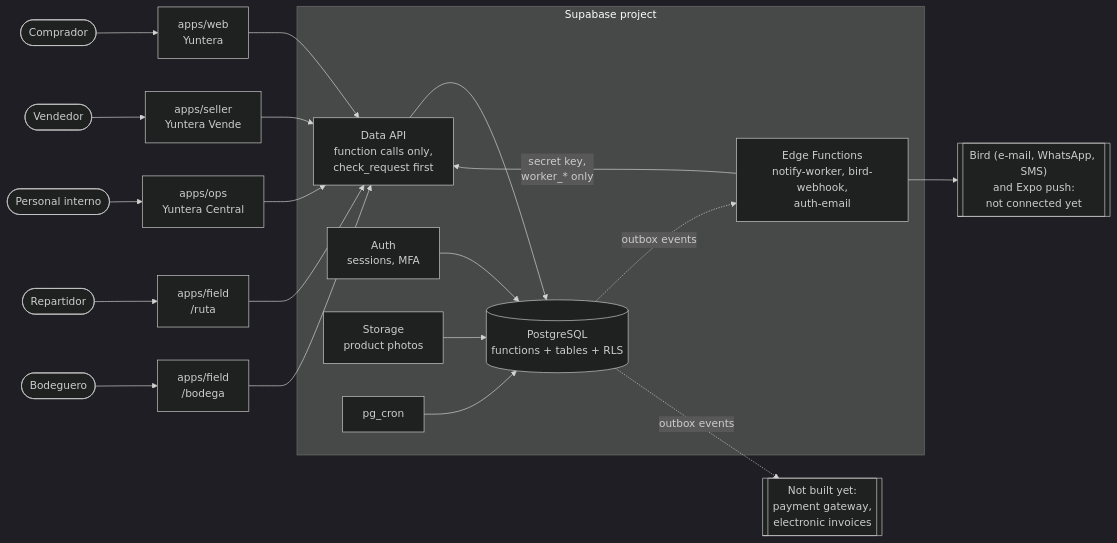
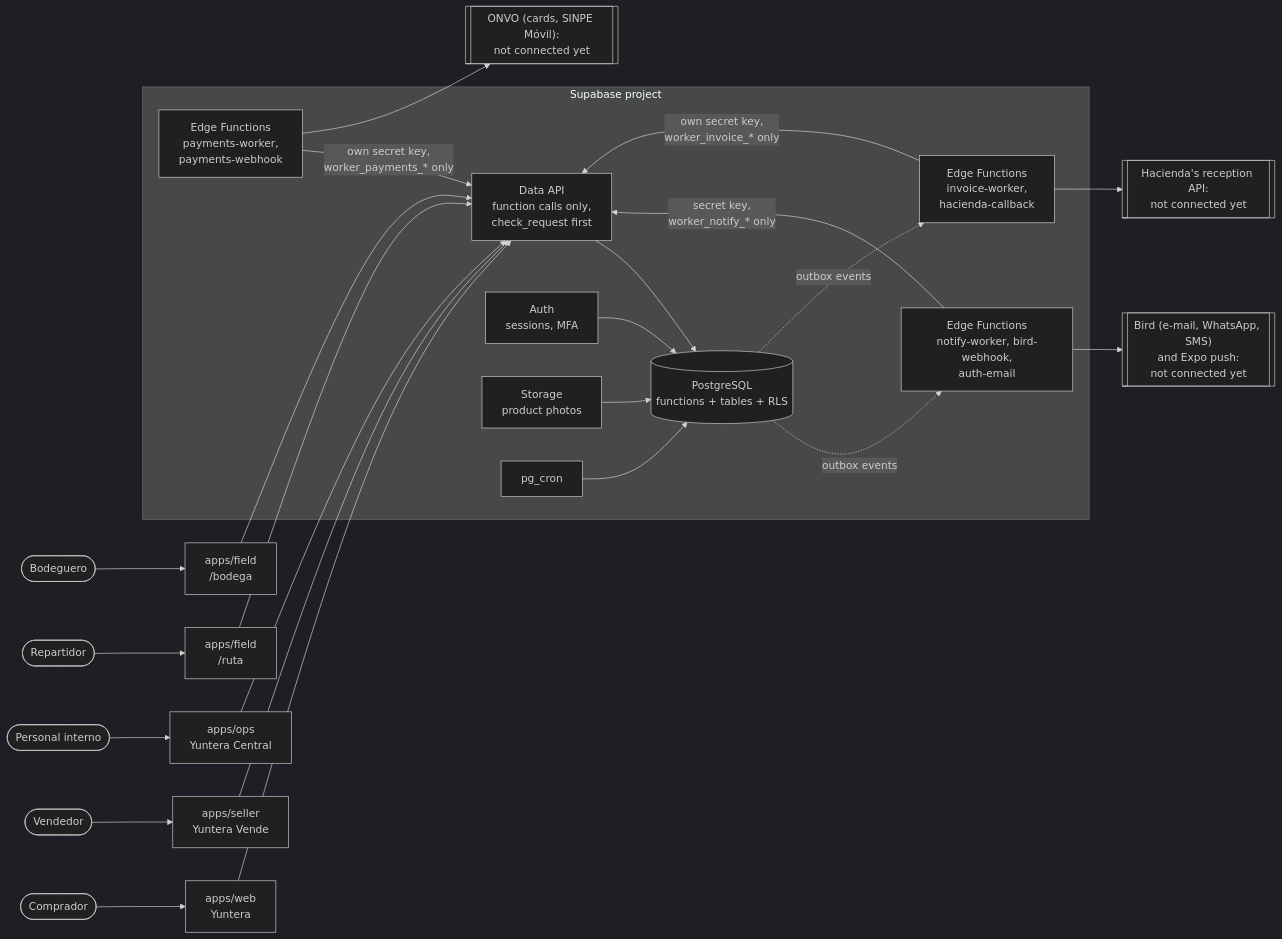
One commit to raea07/amazon-tiquicia changed the first of 2 diagrams in docs/02-architecture/overview.md. Above: the diagram before and after it, drawn with Mermaid (dark theme). The commit also changed other lines of this file and 8 other files, not shown here.

First line of the commit message:
Document payments and invoicing together: one refund mechanism, the API, access, privacy and the hosted steps

````diff
--- a/docs/02-architecture/overview.md
+++ b/docs/02-architecture/overview.md
@@ -18,26 +18,30 @@
 ```mermaid
 flowchart LR
   shopper([Comprador]) --> web["apps/web<br/>Yuntera"]
   seller([Vendedor]) --> vende["apps/seller<br/>Yuntera Vende"]
   staff([Personal interno]) --> central["apps/ops<br/>Yuntera Central"]
   driver([Repartidor]) --> field["apps/field<br/>/ruta"]
   picker([Bodeguero]) --> field2["apps/field<br/>/bodega"]
 
   web --> api
   vende --> api
   central --> api
   field --> api
   field2 --> api
 
   subgraph supabase [Supabase project]
     api["Data API<br/>function calls only,<br/>check_request first"] --> db[("PostgreSQL<br/>functions + tables + RLS")]
     auth["Auth<br/>sessions, MFA"] --> db
     storage["Storage<br/>product photos"] --> db
     cron[pg_cron] --> db
-    fn["Edge Functions<br/>notify-worker, bird-webhook,<br/>auth-email"] -- "secret key,<br/>worker_* only" --> api
+    fn["Edge Functions<br/>notify-worker, bird-webhook,<br/>auth-email"] -- "secret key,<br/>worker_notify_* only" --> api
+    payfn["Edge Functions<br/>payments-worker,<br/>payments-webhook"] -- "own secret key,<br/>worker_payments_* only" --> api
+    invfn["Edge Functions<br/>invoice-worker,<br/>hacienda-callback"] -- "own secret key,<br/>worker_invoice_* only" --> api
   end
 
   db -. outbox events .-> fn
+  db -. outbox events .-> invfn
   fn --> bird[["Bird (e-mail, WhatsApp, SMS)<br/>and Expo push:<br/>not connected yet"]]
-  db -. outbox events .-> later[["Not built yet:<br/>payment gateway,<br/>electronic invoices"]]
+  payfn --> onvo[["ONVO (cards, SINPE Móvil):<br/>not connected yet"]]
+  invfn --> hacienda[["Hacienda's reception API:<br/>not connected yet"]]
 ```
````
